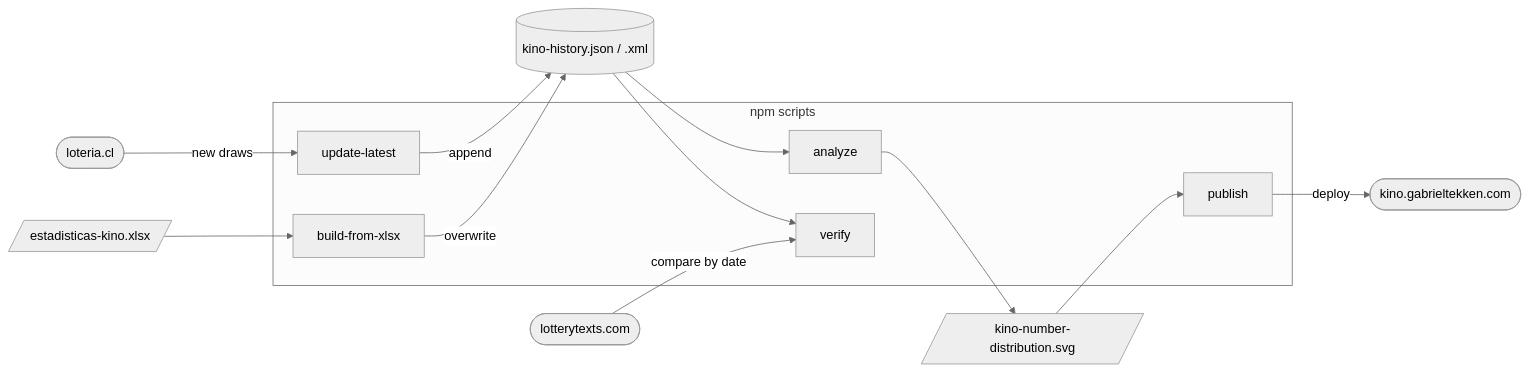
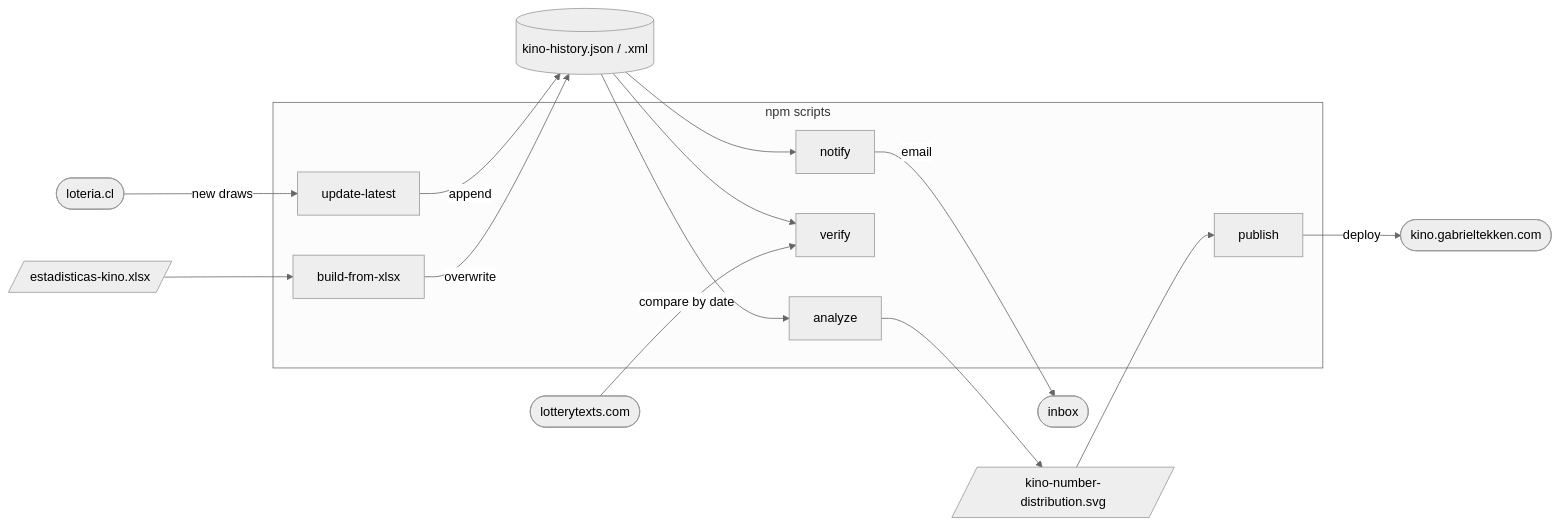
The diagram in README.md (gaaguile/Kino2026), drawn with Mermaid before and after one commit. The commit also changed other lines of this file and 5 other files, not shown here.

````diff
--- a/README.md
+++ b/README.md
@@ -12,30 +12,33 @@
 ```mermaid
 %%{init: {'theme': 'neutral'}}%%
 flowchart LR
     loteria([loteria.cl])
     lotterytexts([lotterytexts.com])
     workbook[/estadisticas-kino.xlsx/]
     history[(kino-history.json / .xml)]
     chart[/kino-number-distribution.svg/]
     web([kino.gabrieltekken.com])
 
     subgraph scripts [npm scripts]
         update[update-latest]
         build[build-from-xlsx]
         analyze[analyze]
         verify[verify]
         publish[publish]
+        notify[notify]
     end
 
     chart --> publish
     publish -->|deploy| web
+    history --> notify
+    notify -->|email| inbox([inbox])
 
     loteria -->|new draws| update
     workbook --> build
     update -->|append| history
     build -->|overwrite| history
     history --> analyze
     analyze --> chart
     history --> verify
     lotterytexts -->|compare by date| verify
 ```
````
